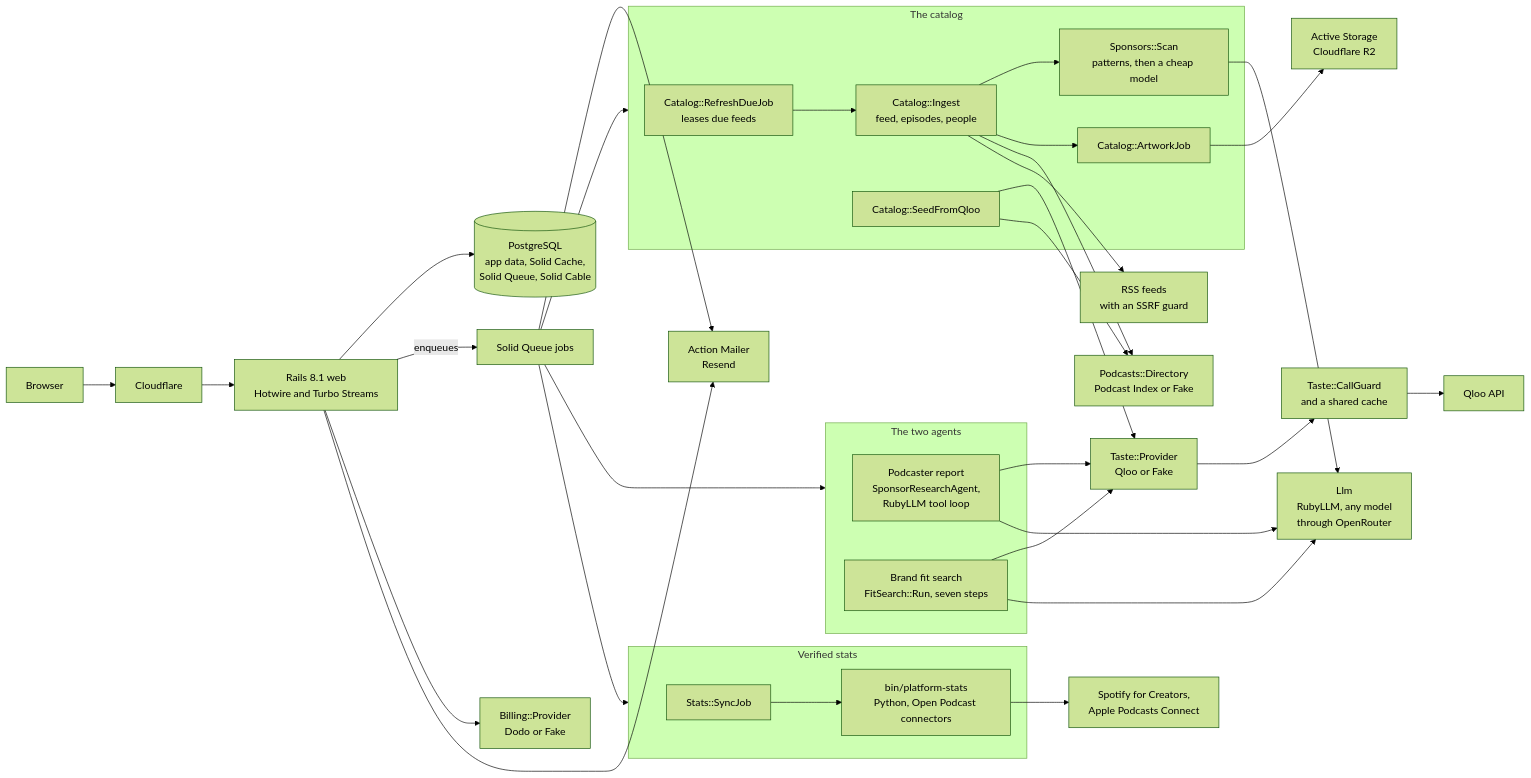
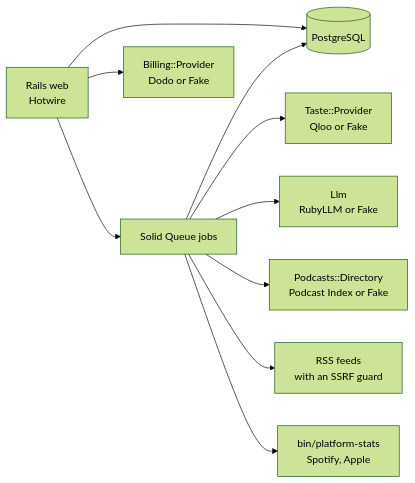
The diagram in README.md (inventionsbyhamid/midrolo), drawn with Mermaid (forest theme) before and after one commit. The commit also changed other lines of this file, not shown here.

````diff
--- a/README.md
+++ b/README.md
@@ -64,33 +72,11 @@
 ```mermaid
 flowchart LR
-  browser["Browser"] --> cf["Cloudflare"] --> web["Rails 8.1 web<br/>Hotwire and Turbo Streams"]
-  web --> db[("PostgreSQL<br/>app data, Solid Cache,<br/>Solid Queue, Solid Cable")]
-  web -->|enqueues| jobs["Solid Queue jobs"]
-
-  subgraph catalog["The catalog"]
-    refresh["Catalog::RefreshDueJob<br/>leases due feeds"] --> ingest["Catalog::Ingest<br/>feed, episodes, people"]
-    ingest --> sponsors["Sponsors::Scan<br/>patterns, then a cheap model"]
-    ingest --> artwork["Catalog::ArtworkJob"]
-    seed["Catalog::SeedFromQloo"]
-  end
-
-  subgraph agents["The two agents"]
-    report["Podcaster report<br/>SponsorResearchAgent,<br/>RubyLLM tool loop"]
-    fit["Brand fit search<br/>FitSearch::Run, seven steps"]
-  end
-
-  subgraph stats["Verified stats"]
-    sync["Stats::SyncJob"] --> helper["bin/platform-stats<br/>Python, Open Podcast connectors"]
-  end
-
-  jobs --> catalog & agents & stats
-  report & fit & seed --> taste["Taste::Provider<br/>Qloo or Fake"]
-  taste --> guard["Taste::CallGuard<br/>and a shared cache"] --> qloo["Qloo API"]
-  report & fit & sponsors --> llm["Llm<br/>RubyLLM, any model<br/>through OpenRouter"]
-  ingest & seed --> directory["Podcasts::Directory<br/>Podcast Index or Fake"]
-  ingest --> feeds["RSS feeds<br/>with an SSRF guard"]
-  helper --> platforms["Spotify for Creators,<br/>Apple Podcasts Connect"]
+  web["Rails web<br/>Hotwire"] --> jobs["Solid Queue jobs"]
+  web & jobs --> db[("PostgreSQL")]
+  jobs --> taste["Taste::Provider<br/>Qloo or Fake"]
+  jobs --> llm["Llm<br/>RubyLLM or Fake"]
+  jobs --> dir["Podcasts::Directory<br/>Podcast Index or Fake"]
+  jobs --> feeds["RSS feeds<br/>with an SSRF guard"]
+  jobs --> stats["bin/platform-stats<br/>Spotify, Apple"]
   web --> billing["Billing::Provider<br/>Dodo or Fake"]
-  web & jobs --> mail["Action Mailer<br/>Resend"]
-  artwork --> storage["Active Storage<br/>Cloudflare R2"]
 ```
````
